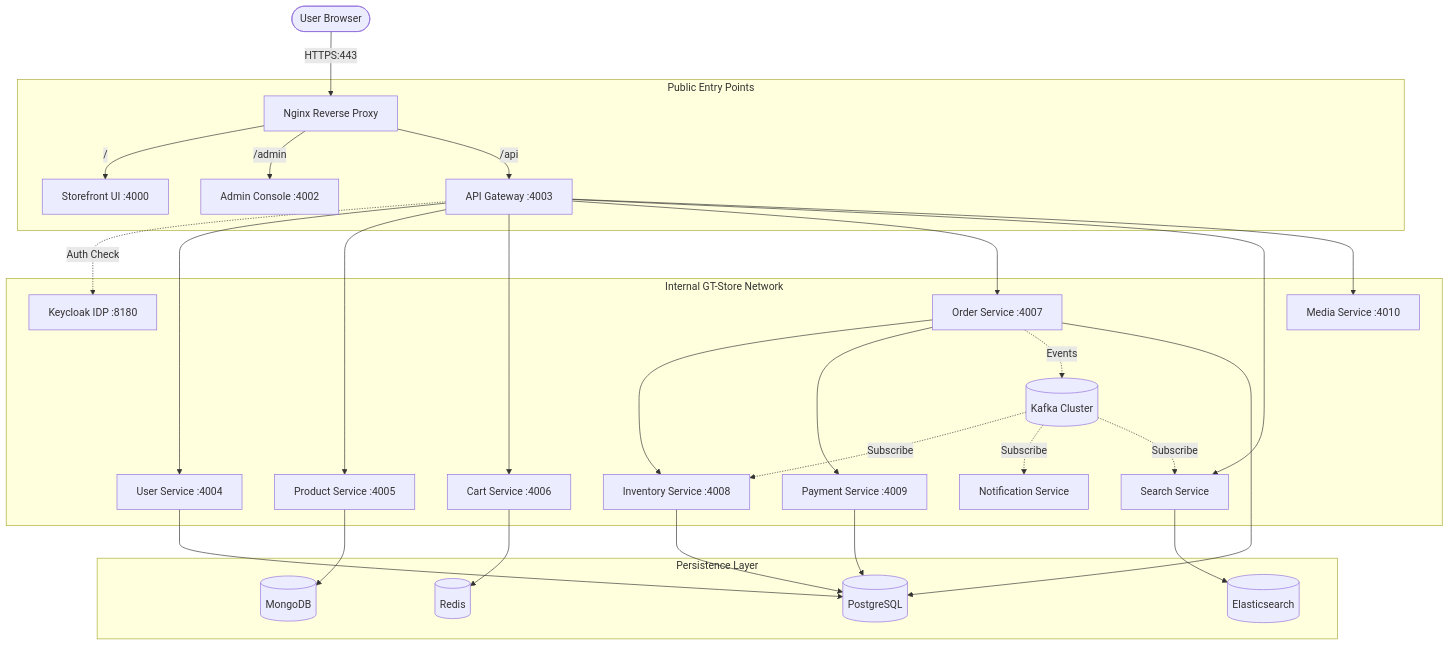
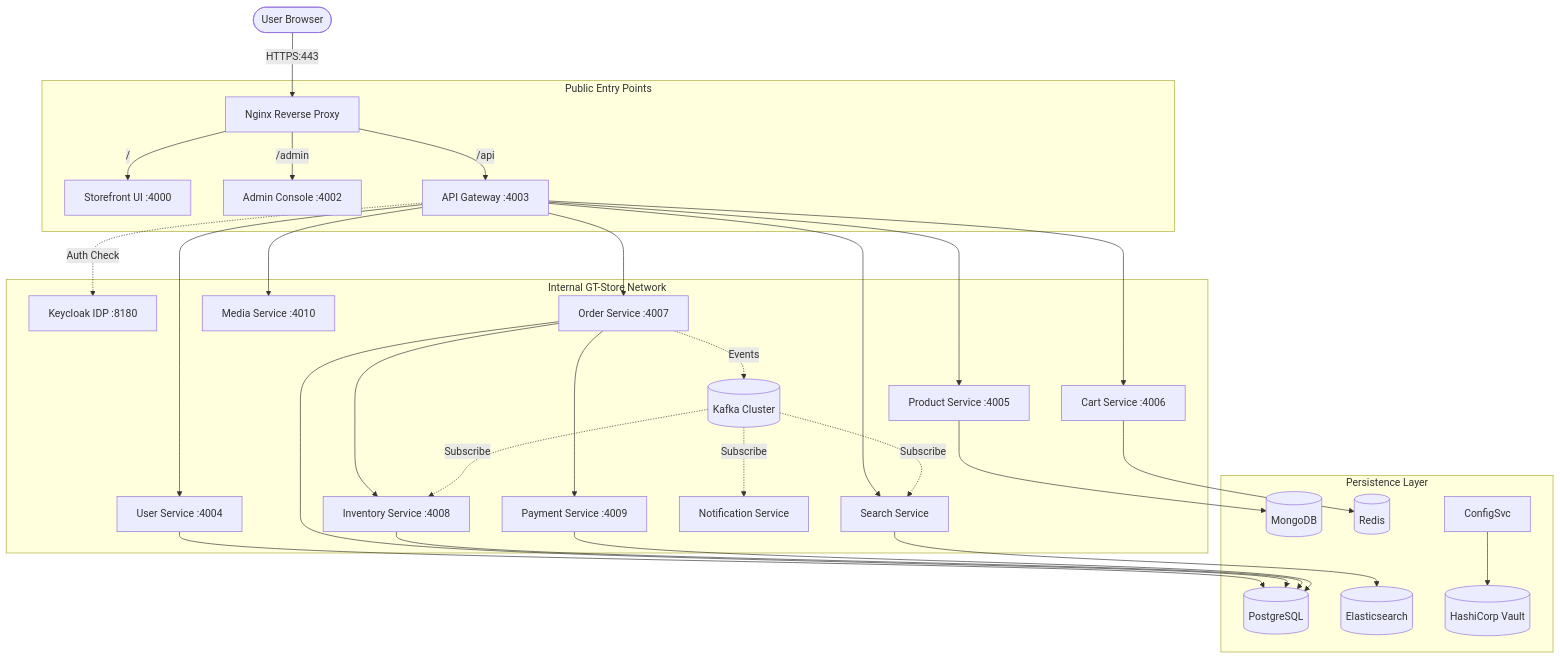
The first of 3 diagrams in README.md (ncrkindia/gt-store), drawn with Mermaid before and after one commit. The commit also changed other lines of this file and 37 other files, not shown here.

First line of the commit message:
feat(config): integrate HashiCorp Vault with AppRole authentication

````diff
--- a/README.md
+++ b/README.md
@@ -15,37 +15,38 @@
 ```mermaid
 flowchart TD
     User([User Browser]) -->|HTTPS:443| Nginx[Nginx Reverse Proxy]
     
     subgraph Public_Entry["Public Entry Points"]
         Nginx -->|/| Web[Storefront UI :4000]
         Nginx -->|/admin| AdminWeb[Admin Console :4002]
         Nginx -->|/api| Gateway[API Gateway :4003]
     end
 
     subgraph Internal_Network["Internal GT-Store Network"]
         Gateway -.->|Auth Check| KC[Keycloak IDP :8180]
         
         Gateway --> UserSvc[User Service :4004]
         Gateway --> ProductSvc[Product Service :4005]
         Gateway --> CartSvc[Cart Service :4006]
         Gateway --> OrderSvc[Order Service :4007]
         Gateway --> SearchSvc[Search Service]
         Gateway --> MediaSvc[Media Service :4010]
         
         OrderSvc --> InvSvc[Inventory Service :4008]
         OrderSvc --> PaySvc[Payment Service :4009]
         
         Kafka[(Kafka Cluster)]
         OrderSvc -.->|Events| Kafka
         Kafka -.->|Subscribe| InvSvc
         Kafka -.->|Subscribe| NotifySvc[Notification Service]
         Kafka -.->|Subscribe| SearchSvc
     end
 
     subgraph Persistance["Persistence Layer"]
         UserSvc & OrderSvc & InvSvc & PaySvc --> PG[(PostgreSQL)]
         ProductSvc --> Mongo[(MongoDB)]
         CartSvc --> Redis[(Redis)]
         SearchSvc --> ES[(Elasticsearch)]
+        ConfigSvc --> Vault[(HashiCorp Vault)]
     end
 ```
````
